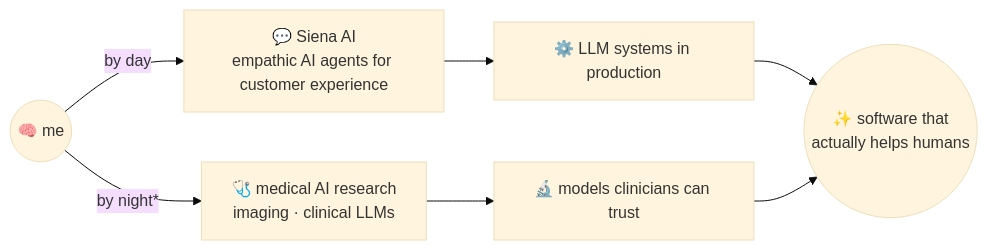
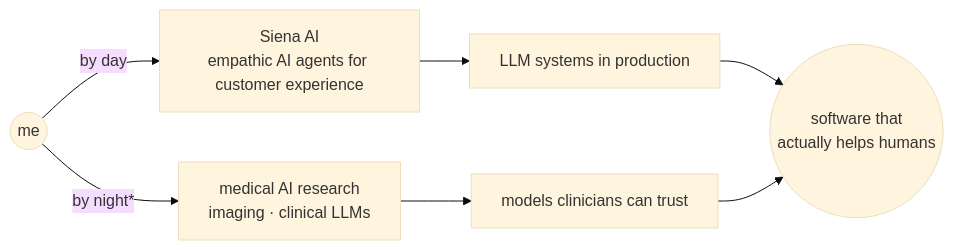
One commit to IuliaMZbircea/IuliaMZbircea changed the diagram in README.md. Above: the diagram before and after it, drawn with Mermaid (base theme). The commit also changed other lines of this file, not shown here.

````diff
--- a/README.md
+++ b/README.md
@@ -7,10 +7,10 @@
 ```mermaid
 graph LR
-    ME(("🧠 me"))
-    ME -- "by day" --> CX["💬 Siena AI<br/>empathic AI agents for customer experience"]
-    ME -- "by night*" --> MED["🩺 medical AI research<br/>imaging · clinical LLMs"]
-    CX --> SHIP["⚙️ LLM systems in production"]
-    MED --> SCI["🔬 models clinicians can trust"]
-    SHIP --> GOAL(("✨ software that<br/>actually helps humans"))
+    ME(("me"))
+    ME -- "by day" --> CX["Siena AI<br/>empathic AI agents for customer experience"]
+    ME -- "by night*" --> MED["medical AI research<br/>imaging · clinical LLMs"]
+    CX --> SHIP["LLM systems in production"]
+    MED --> SCI["models clinicians can trust"]
+    SHIP --> GOAL(("software that<br/>actually helps humans"))
     SCI --> GOAL
 ```
````
